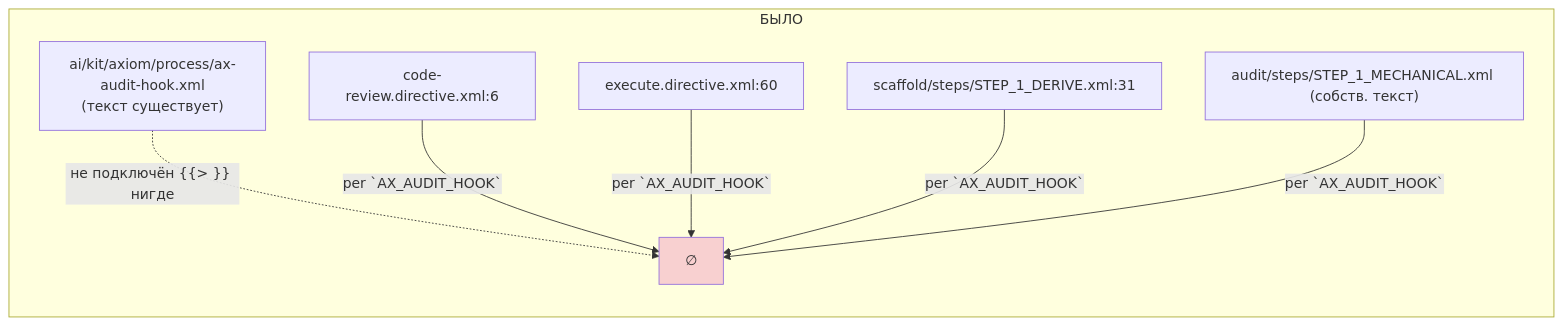
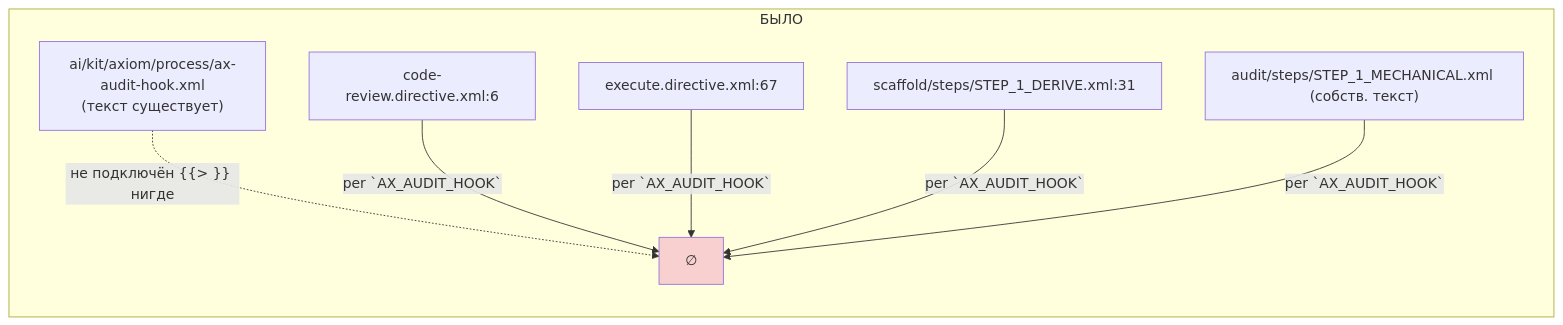
Before and after one commit to RubaXa/gennady: the first of 2 diagrams in ai/drafts/research/sdd-v1-to-v2-transfer/_raw/reports/R-T-B6-25.md, drawn with Mermaid. The commit also changed other lines of this file and 10 other files, not shown here.

````diff
--- a/ai/drafts/research/sdd-v1-to-v2-transfer/_raw/reports/R-T-B6-25.md
+++ b/ai/drafts/research/sdd-v1-to-v2-transfer/_raw/reports/R-T-B6-25.md
@@ -17,11 +17,11 @@
 ```mermaid
 flowchart LR
   subgraph before["БЫЛО"]
     L1["ai/kit/axiom/process/ax-audit-hook.xml<br/>(текст существует)"] -.->|"не подключён {{> }} нигде"| X["∅"]
     C1["code-review.directive.xml:6"] -->|"per `AX_AUDIT_HOOK`"| X
-    C2["execute.directive.xml:60"] -->|"per `AX_AUDIT_HOOK`"| X
+    C2["execute.directive.xml:67"] -->|"per `AX_AUDIT_HOOK`"| X
     C3["scaffold/steps/STEP_1_DERIVE.xml:31"] -->|"per `AX_AUDIT_HOOK`"| X
     C4["audit/steps/STEP_1_MECHANICAL.xml (собств. текст)"] -->|"per `AX_AUDIT_HOOK`"| X
     style X fill:#f8d0d0
   end
 ```
````
